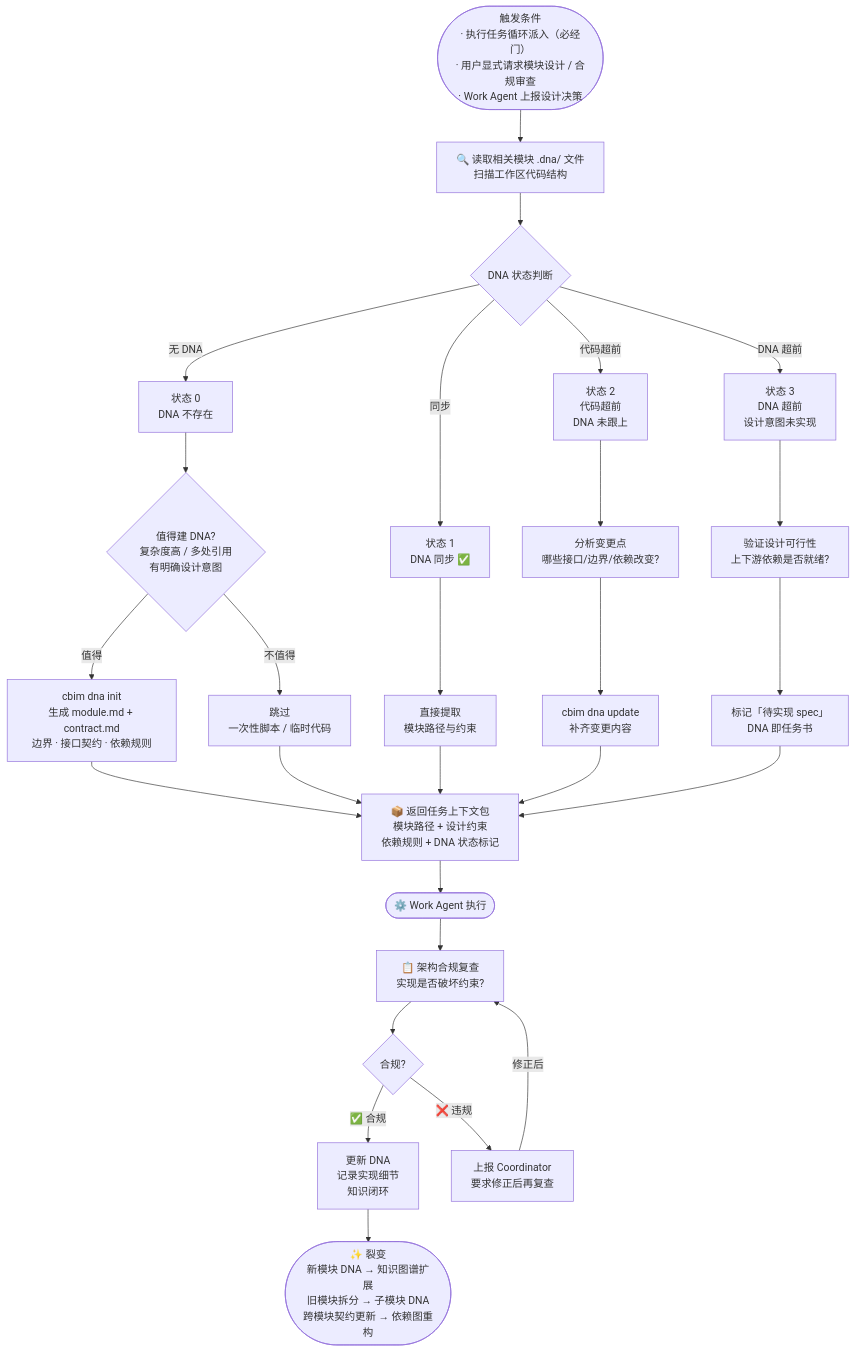
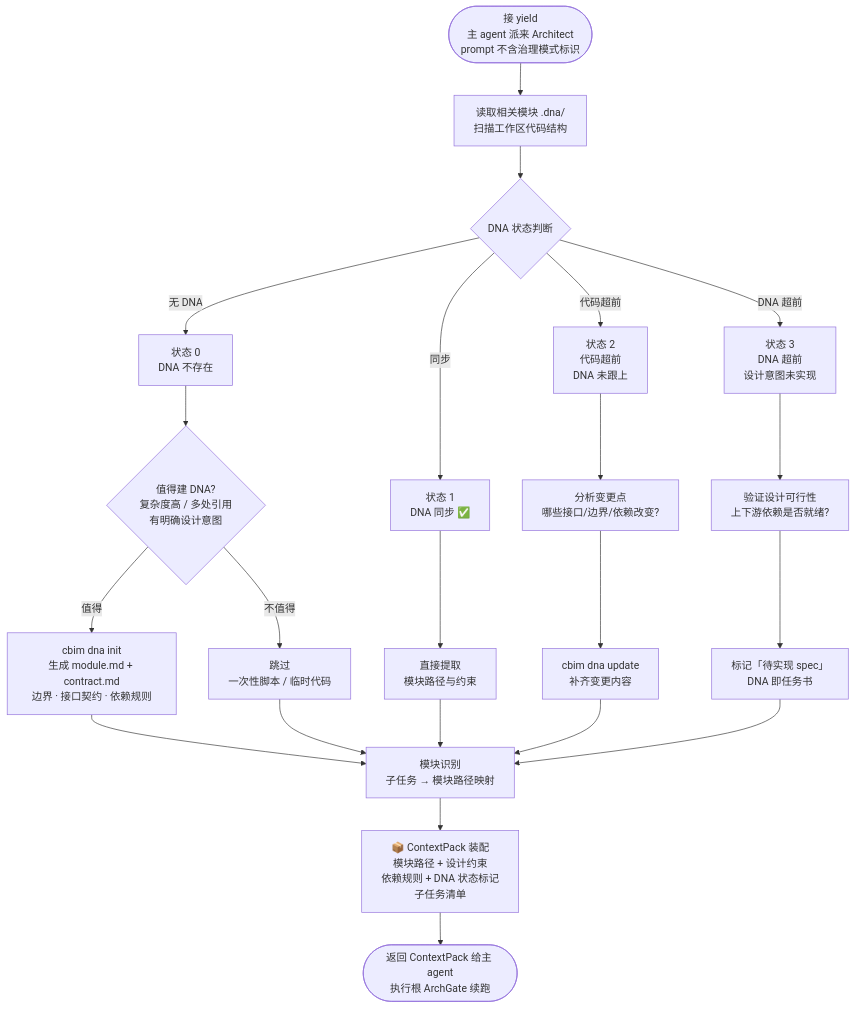
The first of 2 diagrams in design/WORKFLOW-ARCHITECT.zh-CN.md (nan023062/agent-team-cc), drawn with Mermaid before and after one commit. The commit also changed other lines of this file and 5 other files, not shown here.

````diff
--- a/design/WORKFLOW-ARCHITECT.zh-CN.md
+++ b/design/WORKFLOW-ARCHITECT.zh-CN.md
@@ -8,67 +36,56 @@
 ```mermaid
 flowchart TD
-    Trigger(["触发条件<br/>· 执行任务循环派入（必经门）<br/>· 用户显式请求模块设计 / 合规审查<br/>· Work Agent 上报设计决策"])
+    Yield(["接 yield<br/>主 agent 派来 Architect<br/>prompt 不含治理模式标识"])
 
-    Scan["🔍 读取相关模块 .dna/ 文件<br/>扫描工作区代码结构"]
+    Scan["读取相关模块 .dna/<br/>扫描工作区代码结构"]
     StateCheck{"DNA 状态判断"}
 
     S0["状态 0<br/>DNA 不存在"]
     S1["状态 1<br/>DNA 同步 ✅"]
     S2["状态 2<br/>代码超前<br/>DNA 未跟上"]
     S3["状态 3<br/>DNA 超前<br/>设计意图未实现"]
 
     Worth0{"值得建 DNA?<br/>复杂度高 / 多处引用<br/>有明确设计意图"}
     Init["cbim dna init<br/>生成 module.md + contract.md<br/>边界 · 接口契约 · 依赖规则"]
     Skip0["跳过<br/>一次性脚本 / 临时代码"]
 
     Extract["直接提取<br/>模块路径与约束"]
 
     Think2["分析变更点<br/>哪些接口/边界/依赖改变?"]
     Update["cbim dna update<br/>补齐变更内容"]
 
     Validate3["验证设计可行性<br/>上下游依赖是否就绪?"]
     MarkSpec["标记「待实现 spec」<br/>DNA 即任务书"]
 
-    ContextPack["📦 返回任务上下文包<br/>模块路径 + 设计约束<br/>依赖规则 + DNA 状态标记"]
+    Identify["模块识别<br/>子任务 → 模块路径映射"]
+    Assemble["📦 ContextPack 装配<br/>模块路径 + 设计约束<br/>依赖规则 + DNA 状态标记<br/>子任务清单"]
 
-    WorkAgent(["⚙️ Work Agent 执行"])
+    Return(["返回 ContextPack 给主 agent<br/>执行根 ArchGate 续跑"])
 
-    Review["📋 架构合规复查<br/>实现是否破坏约束?"]
-    Compliant{"合规?"}
-    UpdateDNA["更新 DNA<br/>记录实现细节<br/>知识闭环"]
-    Escalate["上报 Coordinator<br/>要求修正后再复查"]
-
-    Fission(["✨ 裂变<br/>新模块 DNA → 知识图谱扩展<br/>旧模块拆分 → 子模块 DNA<br/>跨模块契约更新 → 依赖图重构"])
-
-    Trigger --> Scan
+    Yield --> Scan
     Scan --> StateCheck
     StateCheck -->|"无 DNA"| S0
     StateCheck -->|"同步"| S1
     StateCheck -->|"代码超前"| S2
     StateCheck -->|"DNA 超前"| S3
 
     S0 --> Worth0
     Worth0 -->|"值得"| Init
     Worth0 -->|"不值得"| Skip0
-    Init --> ContextPack
-    Skip0 --> ContextPack
+    Init --> Identify
+    Skip0 --> Identify
 
     S1 --> Extract
-    Extract --> ContextPack
+    Extract --> Identify
 
     S2 --> Think2
     Think2 --> Update
-    Update --> ContextPack
+    Update --> Identify
 
     S3 --> Validate3
     Validate3 --> MarkSpec
-    MarkSpec --> ContextPack
+    MarkSpec --> Identify
 
-    ContextPack --> WorkAgent
-    WorkAgent --> Review
-    Review --> Compliant
-    Compliant -->|"✅ 合规"| UpdateDNA
-    Compliant -->|"❌ 违规"| Escalate
-    Escalate -->|"修正后"| Review
-    UpdateDNA --> Fission
+    Identify --> Assemble
+    Assemble --> Return
 ```
````
